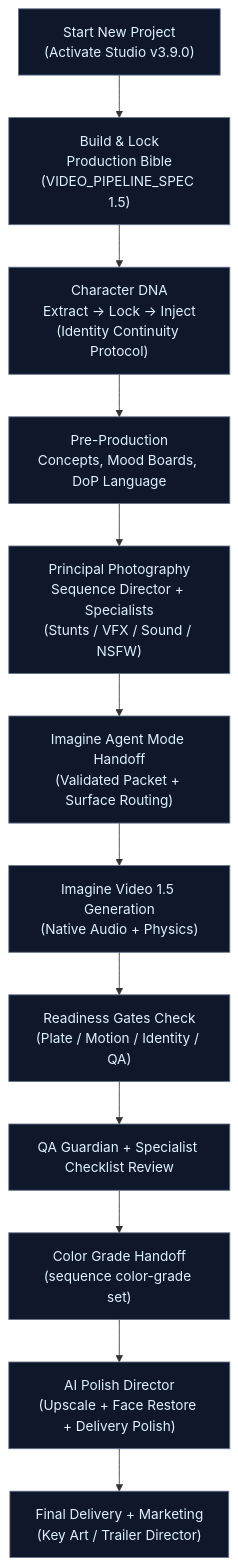
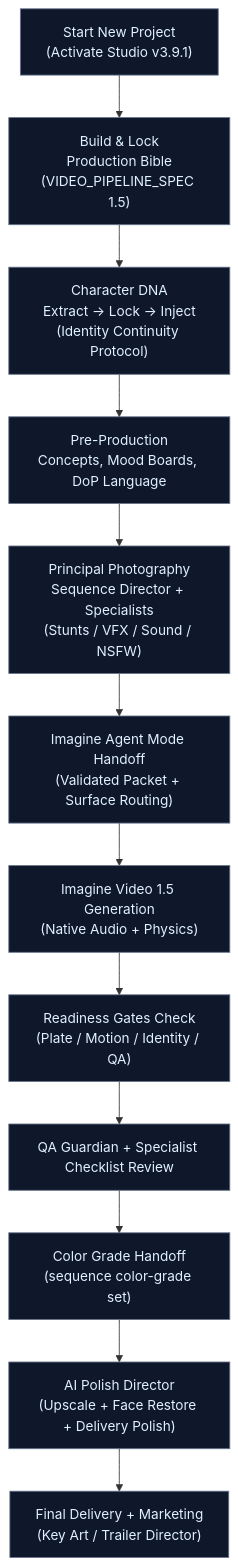
Before and after one commit to FineComputer14451/Grok-Imagine-Cinematic-Studio: the second of 2 diagrams in README.md, drawn with Mermaid. The commit also changed other lines of this file and 1 other file, not shown here.

````diff
--- a/README.md
+++ b/README.md
@@ -149,17 +149,17 @@
 ```mermaid
 flowchart TD
-    Start["Start New Project<br/>(Activate Studio v3.9.0)"] --> Bible["Build & Lock<br/>Production Bible<br/>(VIDEO_PIPELINE_SPEC 1.5)"]
+    Start["Start New Project<br/>(Activate Studio v3.9.1)"] --> Bible["Build & Lock<br/>Production Bible<br/>(VIDEO_PIPELINE_SPEC 1.5)"]
     Bible --> DNA["Character DNA<br/>Extract → Lock → Inject<br/>(Identity Continuity Protocol)"]
     DNA --> PreProd["Pre-Production<br/>Concepts, Mood Boards, DoP Language"]
     PreProd --> Principal["Principal Photography<br/>Sequence Director + Specialists<br/>(Stunts / VFX / Sound / NSFW)"]
     Principal --> Handoff["Imagine Agent Mode Handoff<br/>(Validated Packet + Surface Routing)"]
     Handoff --> Generate["Imagine Video 1.5 Generation<br/>(Native Audio + Physics)"]
     Generate --> Gates["Readiness Gates Check<br/>(Plate / Motion / Identity / QA)"]
     Gates --> Review["QA Guardian + Specialist Checklist Review"]
     Review --> Color["Color Grade Handoff<br/>(sequence color-grade set)"]
     Color --> Polish["AI Polish Director<br/>(Upscale + Face Restore + Delivery Polish)"]
     Polish --> Deliver["Final Delivery + Marketing<br/>(Key Art / Trailer Director)"]
 
     classDef step fill:#0f172a,stroke:#64748b,color:#e0f2fe
     class Start,Bible,DNA,PreProd,Principal,Handoff,Generate,Gates,Review,Color,Polish,Deliver step
 ```
````
